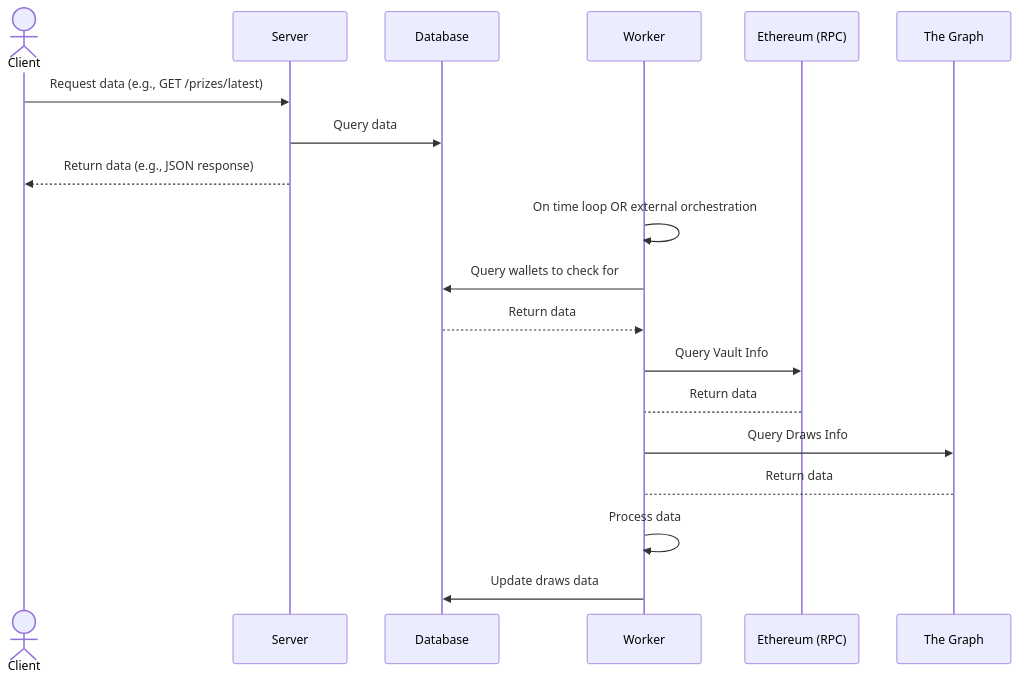
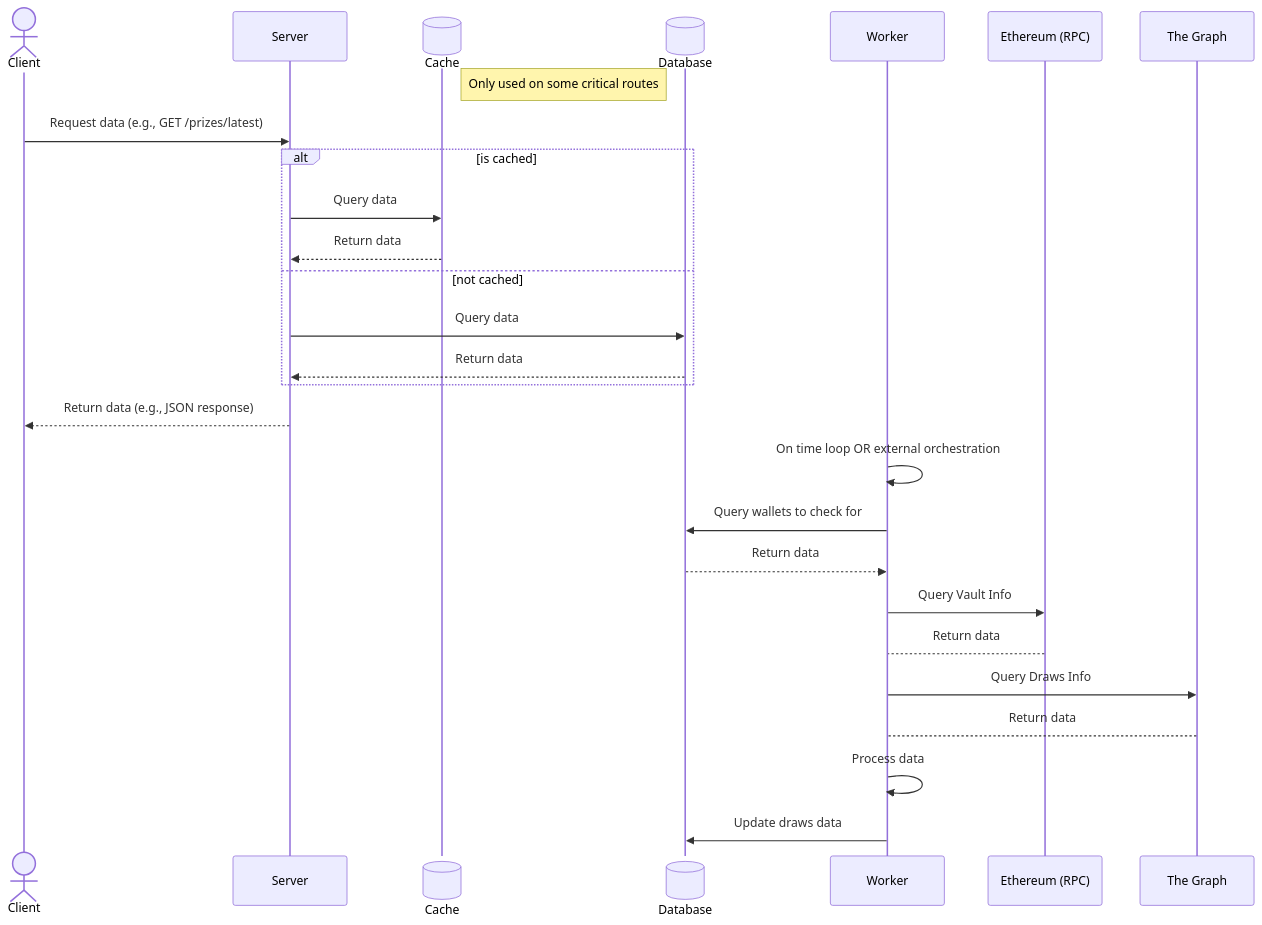
One commit to octogene/pooly changed the first of 2 diagrams in README.md. Above: the diagram before and after it, drawn with Mermaid. The commit also changed 15 other files, not shown here.

````diff
--- a/README.md
+++ b/README.md
@@ -34,21 +34,29 @@
 ```mermaid
 sequenceDiagram
     actor Client
     participant Server
-    participant Database
+    participant Cache@{ "type" : "database" }
+    participant Database@{ "type" : "database" }
     participant Worker
     participant RpcDataSource as Ethereum (RPC)
     participant GraphQLDataSource as The Graph
+    Note right of Cache: Only used on some critical routes
     Client ->> Server: Request data (e.g., GET /prizes/latest)
-    Server ->> Database: Query data
+    alt is cached
+        Server ->> Cache: Query data
+        Cache -->> Server: Return data
+    else not cached
+        Server ->> Database: Query data
+        Database -->> Server: Return data
+    end
     Server -->> Client: Return data (e.g., JSON response)
     Worker ->> Worker: On time loop OR external orchestration
     Worker ->> Database: Query wallets to check for
     Database -->> Worker: Return data
     Worker ->> RpcDataSource: Query Vault Info
     RpcDataSource --> Worker: Return data
     Worker ->> GraphQLDataSource: Query Draws Info
     GraphQLDataSource --> Worker: Return data
     Worker ->> Worker: Process data
     Worker ->> Database: Update draws data
 ```
````
